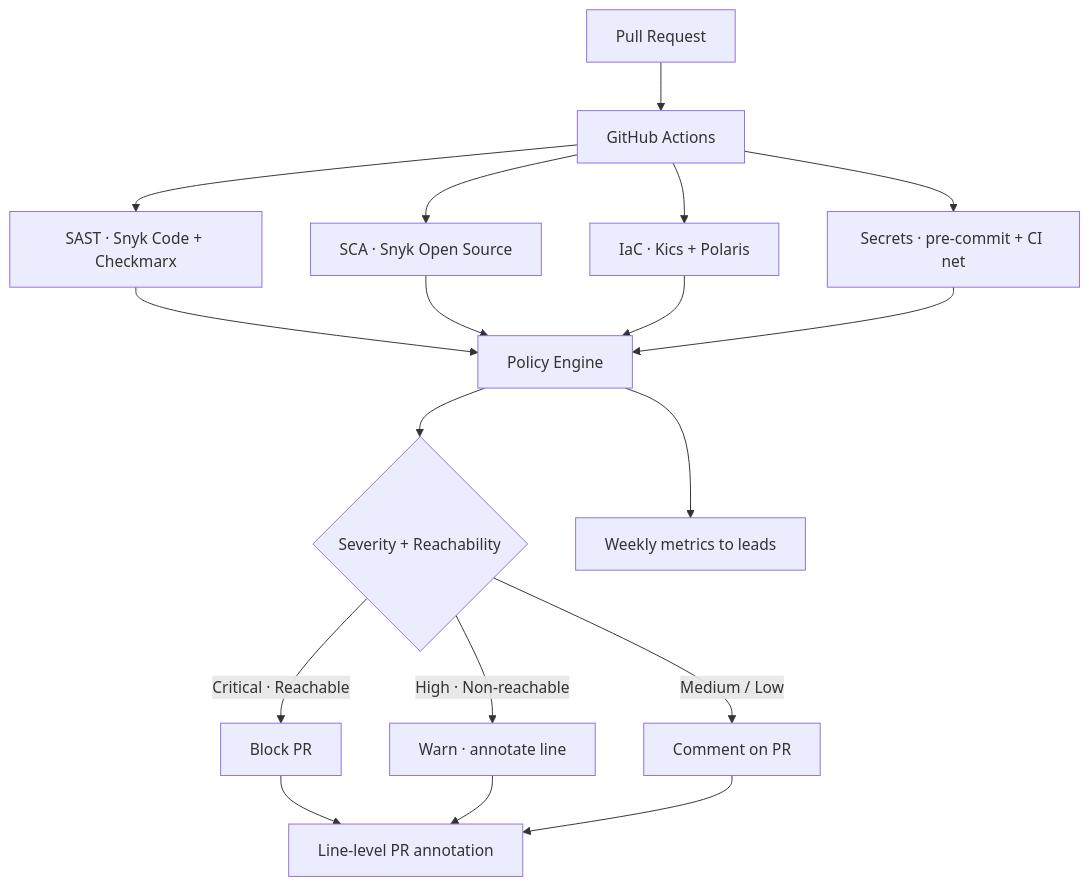
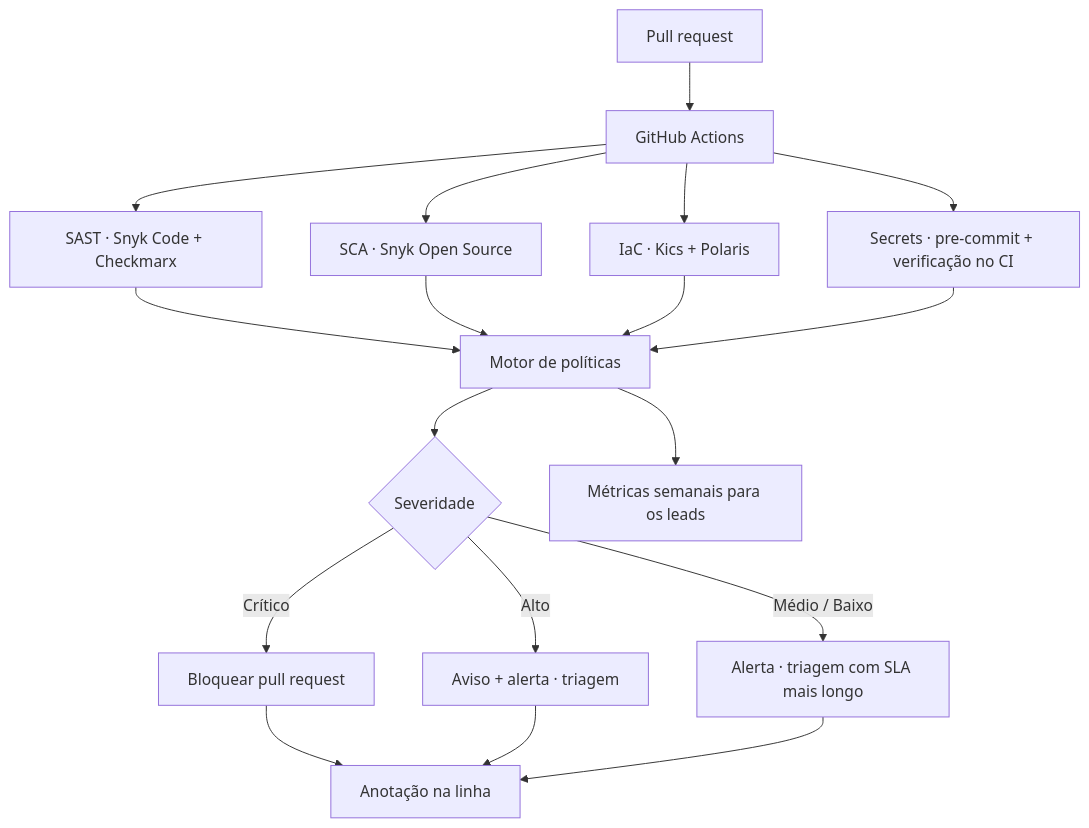
One commit to CHDevSec/portfolio changed the diagram in src/content/projects/pt/devsecops-pipeline.mdx. Above: the diagram before and after it, drawn with Mermaid. The commit also changed other lines of this file and 169 other files, not shown here.

````diff
--- a/src/content/projects/pt/devsecops-pipeline.mdx
+++ b/src/content/projects/pt/devsecops-pipeline.mdx
@@ -45,24 +61,24 @@
 ```mermaid
 flowchart TB
-    A[Pull Request] --> B[GitHub Actions]
+    A[Pull request] --> B[GitHub Actions]
     B --> C[SAST · Snyk Code + Checkmarx]
     B --> D[SCA · Snyk Open Source]
     B --> E[IaC · Kics + Polaris]
-    B --> F[Secrets · pre-commit + CI net]
+    B --> F[Secrets · pre-commit + verificação no CI]
 
-    C --> G[Policy Engine]
+    C --> G[Motor de políticas]
     D --> G
     E --> G
     F --> G
 
-    G --> H{Severity + Reachability}
-    H -->|Critical · Reachable| I[Block PR]
-    H -->|High · Non-reachable| J[Warn · annotate line]
-    H -->|Medium / Low| K[Comment on PR]
+    G --> H{Severidade}
+    H -->|Crítico| I[Bloquear pull request]
+    H -->|Alto| J[Aviso + alerta · triagem]
+    H -->|Médio / Baixo| K[Alerta · triagem com SLA mais longo]
 
-    I --> L[Line-level PR annotation]
+    I --> L[Anotação na linha]
     J --> L
     K --> L
 
-    G --> M[Weekly metrics to leads]
+    G --> M[Métricas semanais para os leads]
 ```
````
